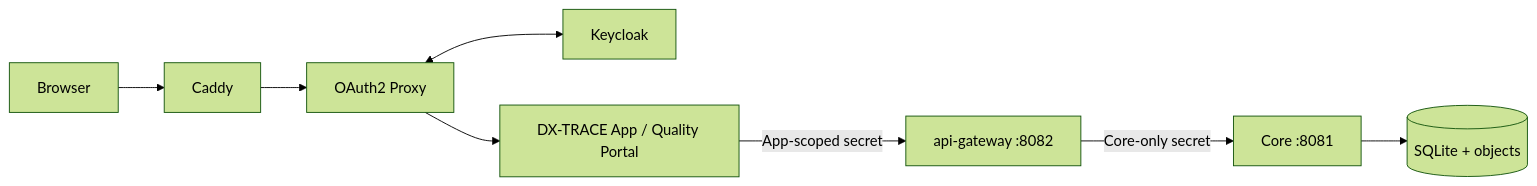
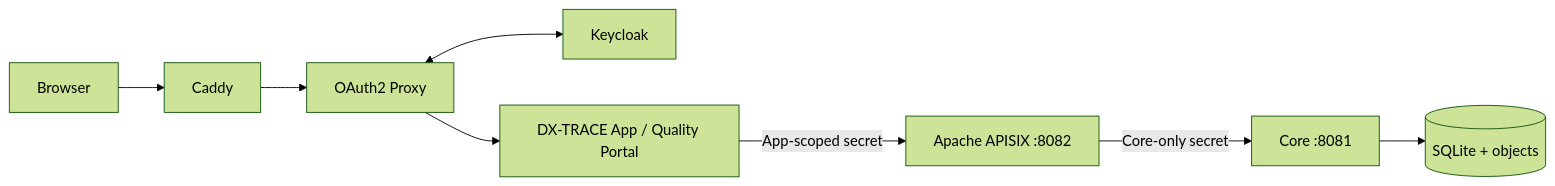
The diagram in docs/GATEWAY-AND-SSO.md (ngochieu1762005/dx_trace), drawn with Mermaid (forest theme) before and after one commit. The commit also changed other lines of this file and 7 other files, not shown here.

```diff
--- a/docs/GATEWAY-AND-SSO.md
+++ b/docs/GATEWAY-AND-SSO.md
@@ -7,10 +7,10 @@
 ~~~mermaid
 flowchart LR
   Browser --> Caddy
   Caddy --> OAuth2["OAuth2 Proxy"]
   OAuth2 <--> Keycloak
   OAuth2 --> App["DX-TRACE App / Quality Portal"]
-  App -->|"App-scoped secret"| Gateway["api-gateway :8082"]
+  App -->|"App-scoped secret"| Gateway["Apache APISIX :8082"]
   Gateway -->|"Core-only secret"| Core["Core :8081"]
   Core --> DB[("SQLite + objects")]
 ~~~
```
